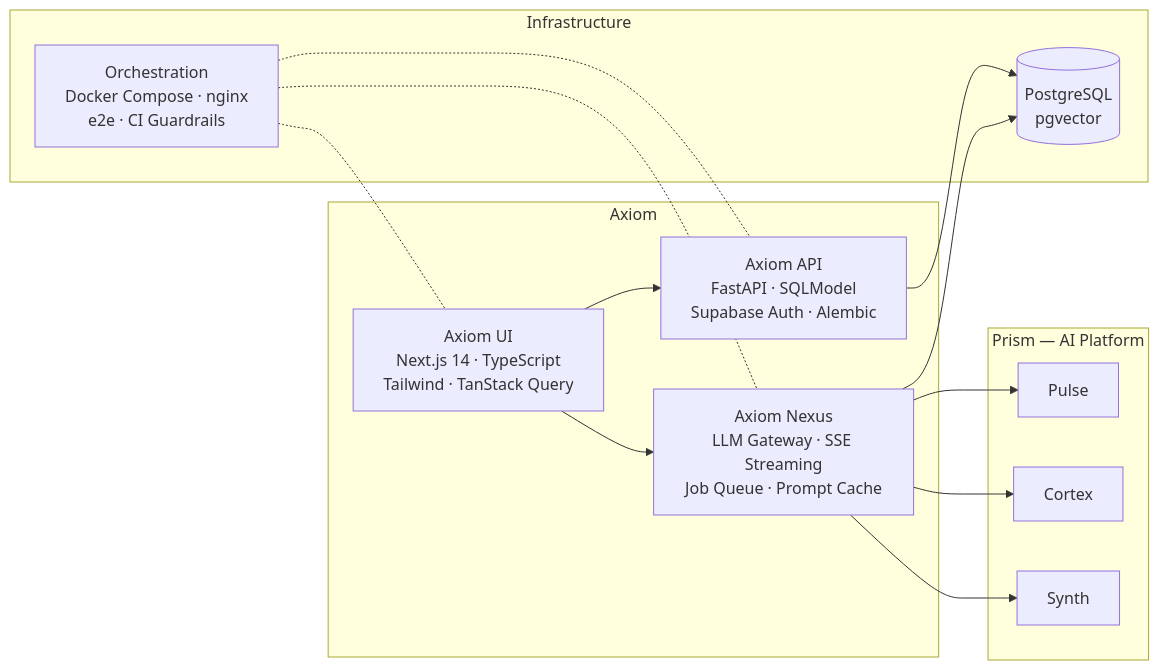
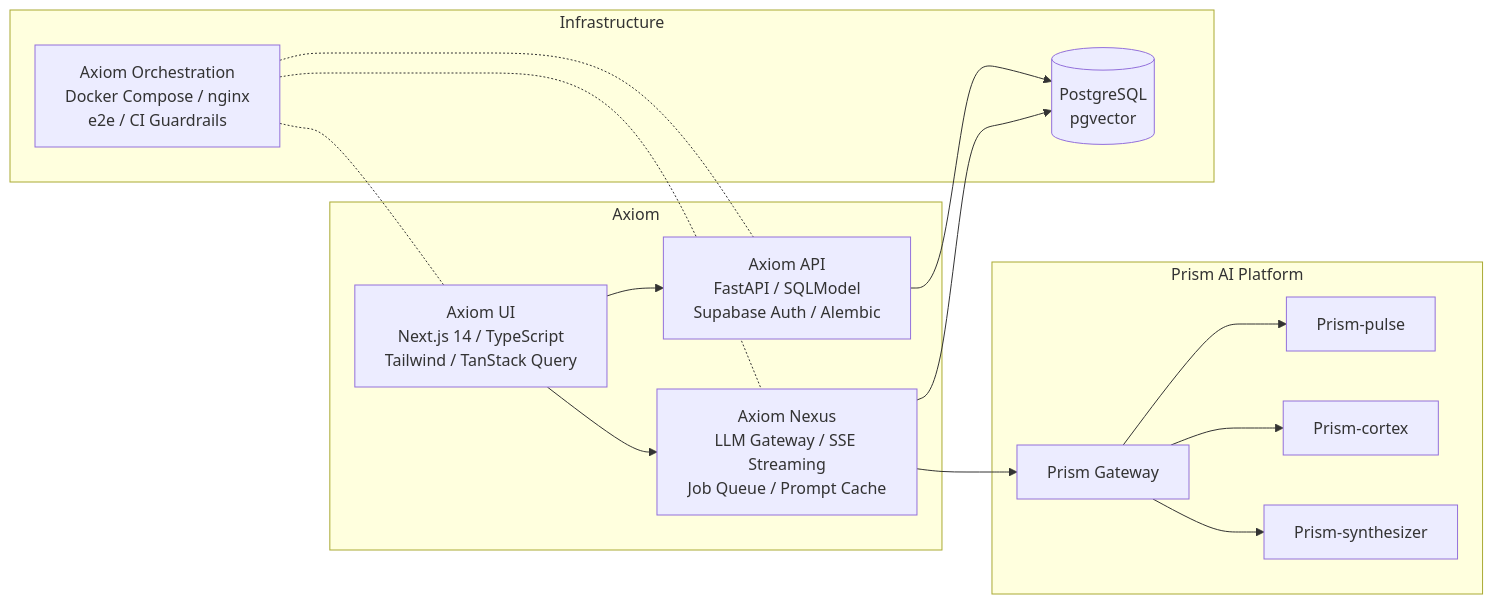
Before and after one commit to vsinghal3737/vsinghal3737: the second of 3 diagrams in README.md, drawn with Mermaid. The commit also changed other lines of this file, not shown here.

Commit message:
Update profile README for Prism gateway repos

````diff
--- a/README.md
+++ b/README.md
@@ -38,26 +44,28 @@
 ```mermaid
 flowchart LR
     subgraph Axiom
-        UI["Axiom UI<br/>Next.js 14 · TypeScript<br/>Tailwind · TanStack Query"]
-        API["Axiom API<br/>FastAPI · SQLModel<br/>Supabase Auth · Alembic"]
-        Nexus["Axiom Nexus<br/>LLM Gateway · SSE Streaming<br/>Job Queue · Prompt Cache"]
+        UI["Axiom UI<br/>Next.js 14 / TypeScript<br/>Tailwind / TanStack Query"]
+        API["Axiom API<br/>FastAPI / SQLModel<br/>Supabase Auth / Alembic"]
+        Nexus["Axiom Nexus<br/>LLM Gateway / SSE Streaming<br/>Job Queue / Prompt Cache"]
     end
 
-    subgraph Prism["Prism — AI Platform"]
-        Pulse["Pulse"]
-        Cortex["Cortex"]
-        Synth["Synth"]
+    subgraph Prism["Prism AI Platform"]
+        Gateway["Prism Gateway"]
+        Pulse["Prism-pulse"]
+        Cortex["Prism-cortex"]
+        Synthesizer["Prism-synthesizer"]
     end
 
     subgraph Infra["Infrastructure"]
-        Orch["Orchestration<br/>Docker Compose · nginx<br/>e2e · CI Guardrails"]
-        PG[(PostgreSQL<br/>pgvector)]
+        Orch["Axiom Orchestration<br/>Docker Compose / nginx<br/>e2e / CI Guardrails"]
+        PG[("PostgreSQL<br/>pgvector")]
     end
 
     UI --> API
     UI --> Nexus
-    Nexus --> Pulse & Cortex & Synth
+    Nexus --> Gateway
+    Gateway --> Pulse & Cortex & Synthesizer
     API --> PG
     Nexus --> PG
     Orch -.- UI & API & Nexus
 ```
````
